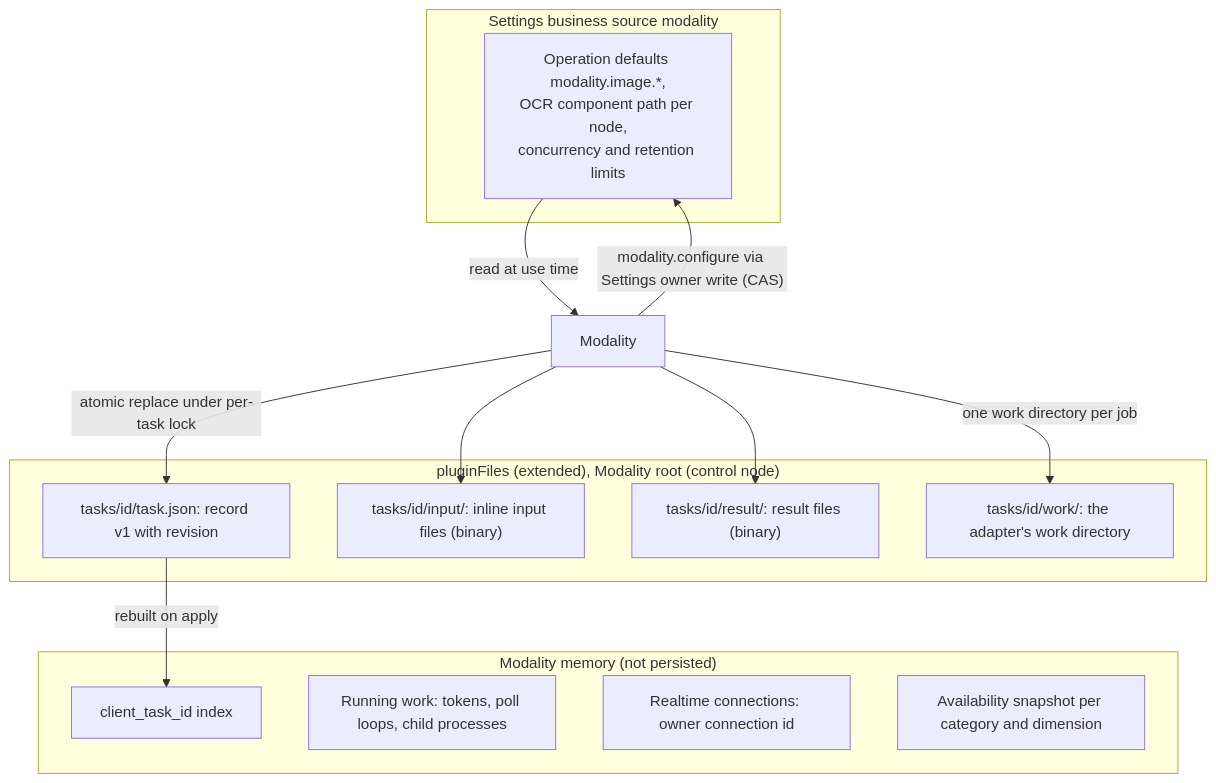
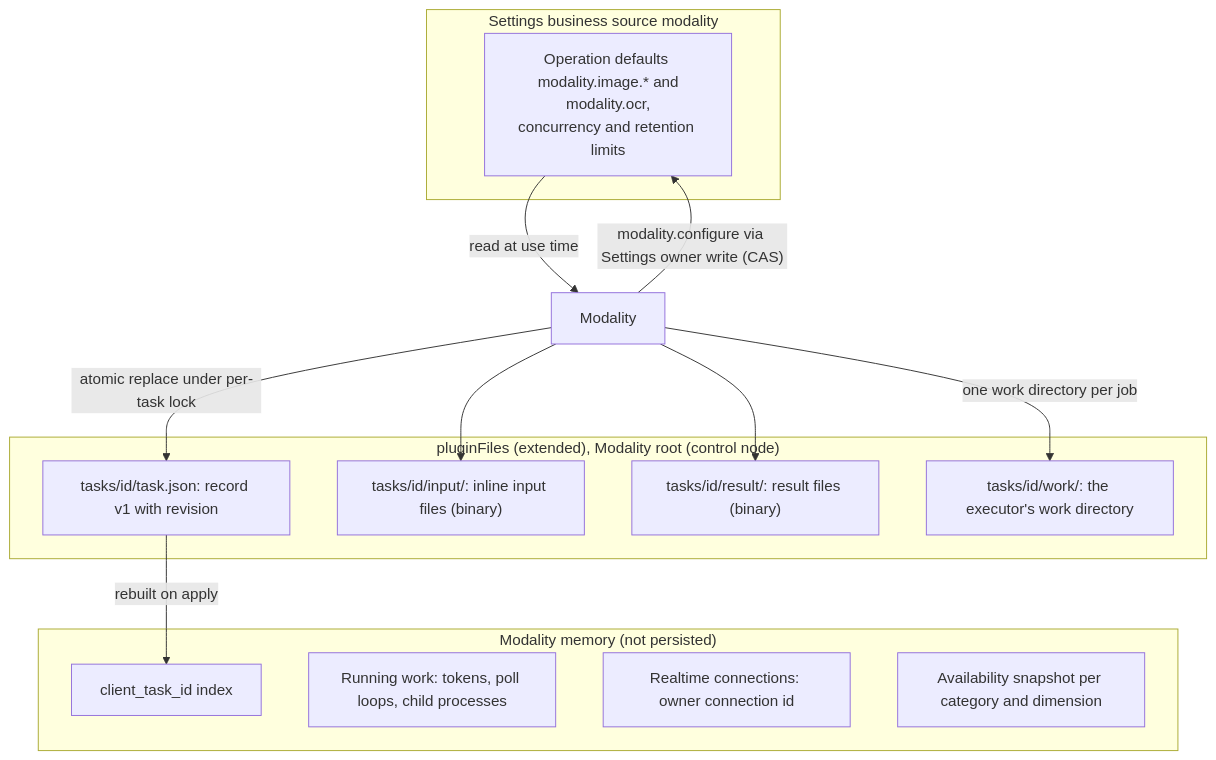
One commit to CoutinhoTTS/dim-agent changed the second of 6 diagrams in docs/design/plugins/Modality.md. Above: the diagram before and after it, drawn with Mermaid. The commit also changed other lines of this file and 2 other files, not shown here.

First line of the commit message:
docs(modality): replace the OCR component with host-owned targets

````diff
--- a/docs/design/plugins/Modality.md
+++ b/docs/design/plugins/Modality.md
@@ -51,25 +51,25 @@
 ```mermaid
 flowchart TB
   subgraph PS["pluginFiles (extended), Modality root (control node)"]
     Rec["tasks/id/task.json: record v1 with revision"]
     In["tasks/id/input/: inline input files (binary)"]
     Res["tasks/id/result/: result files (binary)"]
-    Work["tasks/id/work/: the adapter's work directory"]
+    Work["tasks/id/work/: the executor's work directory"]
   end
   subgraph SET["Settings business source modality"]
-    Cfg["Operation defaults modality.image.*,<br/>OCR component path per node,<br/>concurrency and retention limits"]
+    Cfg["Operation defaults modality.image.* and<br/>modality.ocr,<br/>concurrency and retention limits"]
   end
   subgraph MEM["Modality memory (not persisted)"]
     Idx["client_task_id index"]
     Run["Running work: tokens, poll loops, child processes"]
     RT["Realtime connections: owner connection id"]
     Av["Availability snapshot per category and dimension"]
   end
   Mod["Modality"] -->|"atomic replace under per-task lock"| Rec
   Mod --> In
   Mod --> Res
   Mod -->|"one work directory per job"| Work
   Mod -->|"modality.configure via Settings owner write (CAS)"| Cfg
   Rec -->|"rebuilt on apply"| Idx
   Cfg -->|"read at use time"| Mod
 ```
````
